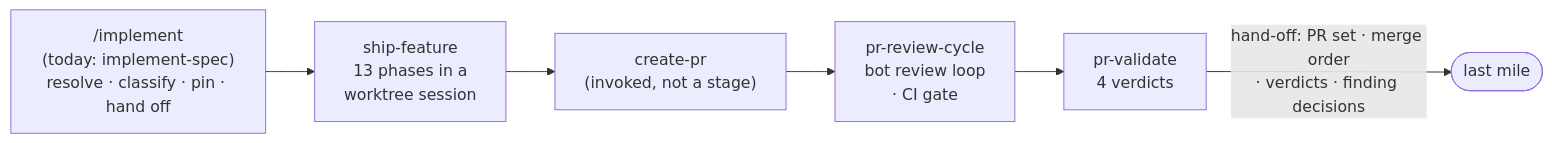
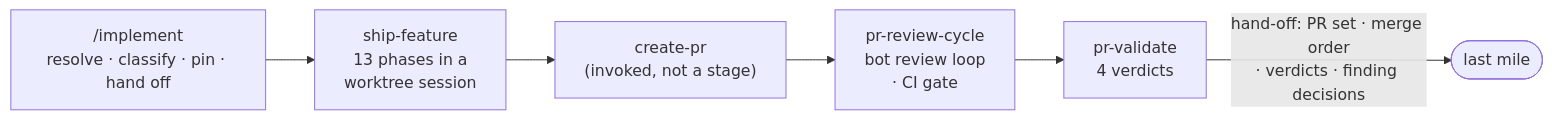
One commit to adobe/mysticat-ai-native-guidelines changed the first of 2 diagrams in docs/plans/2026-08-12-implementation-delivery-chain-design.md. Above: the diagram before and after it, drawn with Mermaid. The commit also changed other lines of this file and 1 other file, not shown here.

First line of the commit message:
docs: the entry skill is /implement, no legacy naming

````diff
--- a/docs/plans/2026-08-12-implementation-delivery-chain-design.md
+++ b/docs/plans/2026-08-12-implementation-delivery-chain-design.md
@@ -88,8 +88,8 @@
 ```mermaid
 flowchart LR
-  IS["/implement\n(today: implement-spec)\nresolve · classify · pin · hand off"] --> SF["ship-feature\n13 phases in a\nworktree session"]
+  IS["/implement\nresolve · classify · pin · hand off"] --> SF["ship-feature\n13 phases in a\nworktree session"]
   SF --> CP["create-pr\n(invoked, not a stage)"]
   CP --> PRC["pr-review-cycle\nbot review loop\n· CI gate"]
   PRC --> PV["pr-validate\n4 verdicts"]
   PV -->|"hand-off: PR set · merge order\n· verdicts · finding decisions"| OUT(["last mile"])
 ```
````
